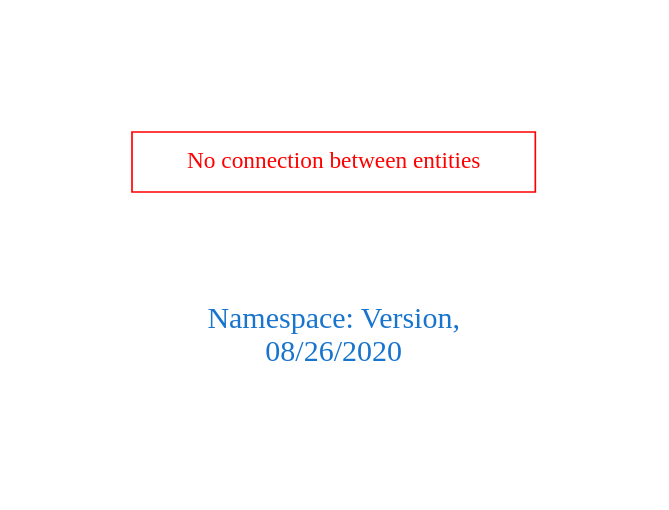
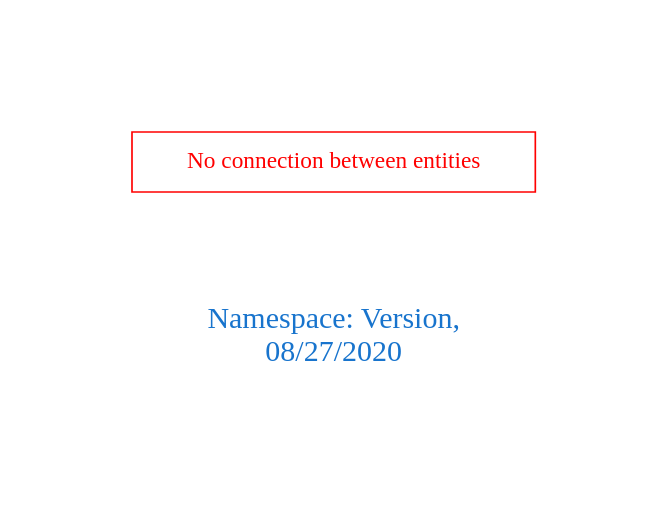
One commit to arago/OGIT changed the diagram in downloads/Version.dot. Above: the diagram before and after it, drawn with Graphviz. The commit also changed 1817 other files, not shown here.

```diff
--- a/downloads/Version.dot
+++ b/downloads/Version.dot
@@ -1,9 +1,9 @@
 digraph OGIT_ontology {
  graph [ rankdir= LR,pad=1 
 fontsize = 18,
-fontcolor= dodgerblue3,label = "\n\n\nNamespace: Version, \n 08/26/2020"];
+fontcolor= dodgerblue3,label = "\n\n\nNamespace: Version, \n 08/27/2020"];
 node[shape=polygon];
 edge [  color="gray81"];
 
 "No connection between entities" [fontcolor = "red",color="red", shape="polygon"]
 }
```
